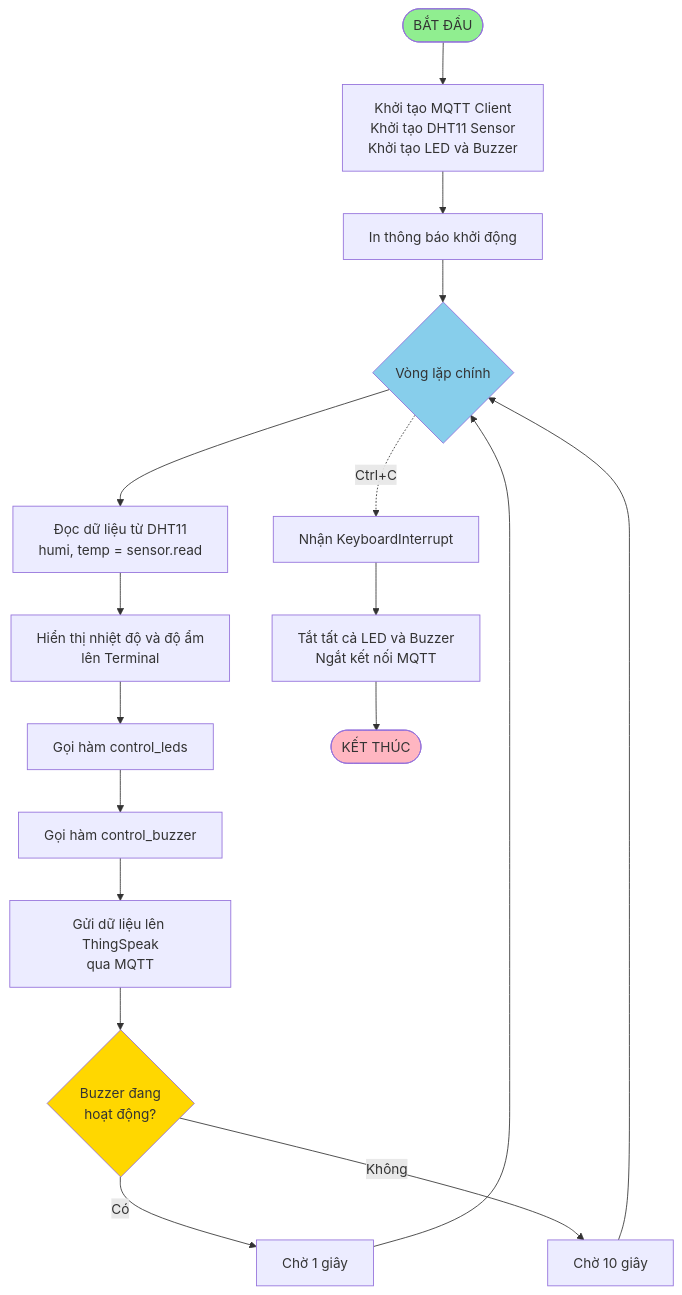
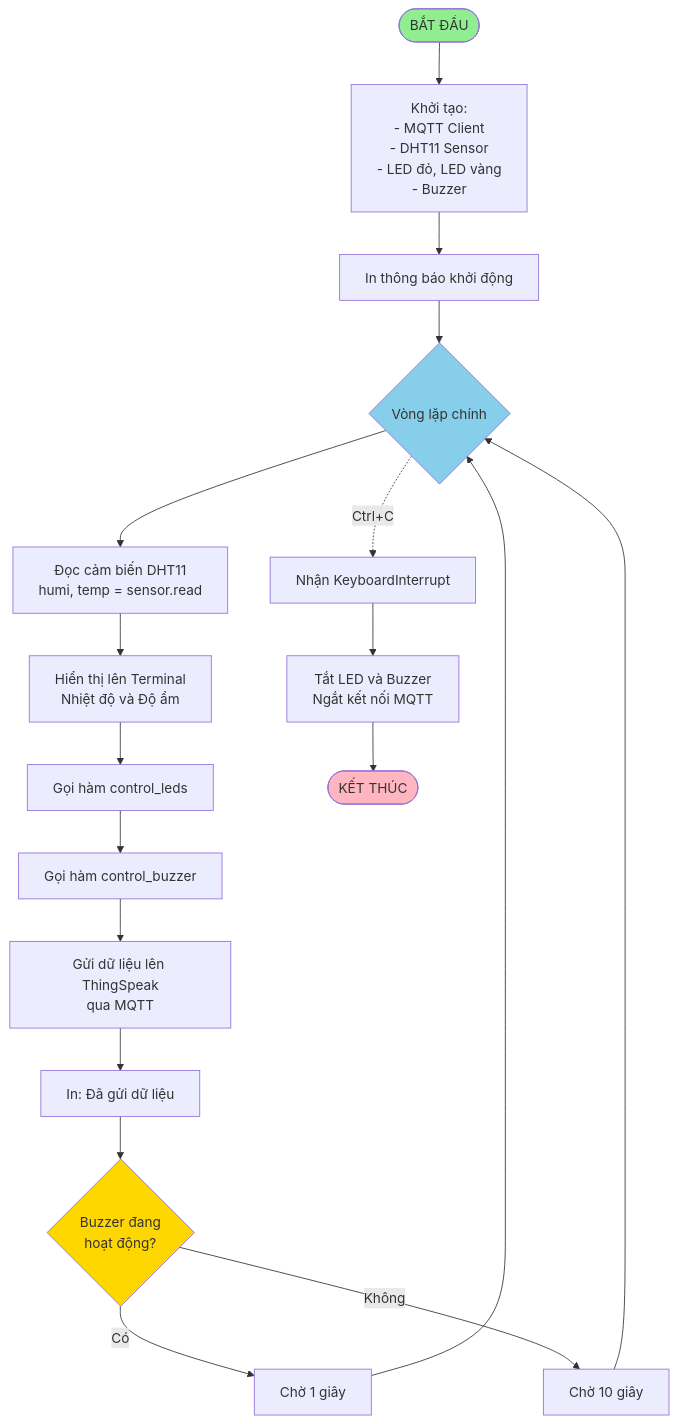
One commit to levanduy093-work/iot changed the second of 8 diagrams in on_kiemtra_2/flowchart.md. Above: the diagram before and after it, drawn with Mermaid. The commit also changed other lines of this file and 3 other files, not shown here.

Commit message:
update flowchart and add node json flow

````diff
--- a/on_kiemtra_2/flowchart.md
+++ b/on_kiemtra_2/flowchart.md
@@ -5,28 +35,29 @@
 ```mermaid
 flowchart TD
-    Start([BẮT ĐẦU]) --> Init[Khởi tạo MQTT Client<br/>Khởi tạo DHT11 Sensor<br/>Khởi tạo LED và Buzzer]
+    Start([BẮT ĐẦU]) --> Init[Khởi tạo:<br/>- MQTT Client<br/>- DHT11 Sensor<br/>- LED đỏ, LED vàng<br/>- Buzzer]
     Init --> PrintStart[In thông báo khởi động]
     PrintStart --> Loop{Vòng lặp chính}
     
-    Loop --> ReadSensor[Đọc dữ liệu từ DHT11<br/>humi, temp = sensor.read]
-    ReadSensor --> Display[Hiển thị nhiệt độ và độ ẩm<br/>lên Terminal]
+    Loop --> ReadSensor[Đọc cảm biến DHT11<br/>humi, temp = sensor.read]
+    ReadSensor --> Display[Hiển thị lên Terminal<br/>Nhiệt độ và Độ ẩm]
     Display --> ControlLED[Gọi hàm control_leds]
     ControlLED --> ControlBuzzer[Gọi hàm control_buzzer]
     ControlBuzzer --> SendMQTT[Gửi dữ liệu lên ThingSpeak<br/>qua MQTT]
-    SendMQTT --> CheckBuzzer{Buzzer đang<br/>hoạt động?}
+    SendMQTT --> PrintSuccess[In: Đã gửi dữ liệu]
+    PrintSuccess --> CheckBuzzer{Buzzer đang<br/>hoạt động?}
     
     CheckBuzzer -->|Có| Sleep1[Chờ 1 giây]
     CheckBuzzer -->|Không| Sleep10[Chờ 10 giây]
     
     Sleep1 --> Loop
     Sleep10 --> Loop
     
     Loop -.->|Ctrl+C| Interrupt[Nhận KeyboardInterrupt]
-    Interrupt --> Cleanup[Tắt tất cả LED và Buzzer<br/>Ngắt kết nối MQTT]
+    Interrupt --> Cleanup[Tắt LED và Buzzer<br/>Ngắt kết nối MQTT]
     Cleanup --> End([KẾT THÚC])
     
     style Start fill:#90EE90
     style End fill:#FFB6C1
     style Loop fill:#87CEEB
     style CheckBuzzer fill:#FFD700
 ```
````
